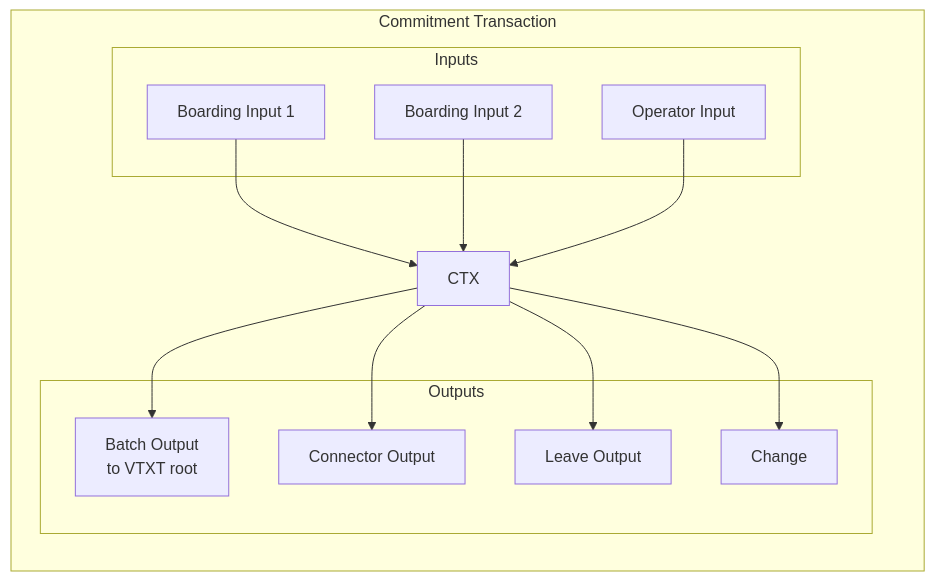
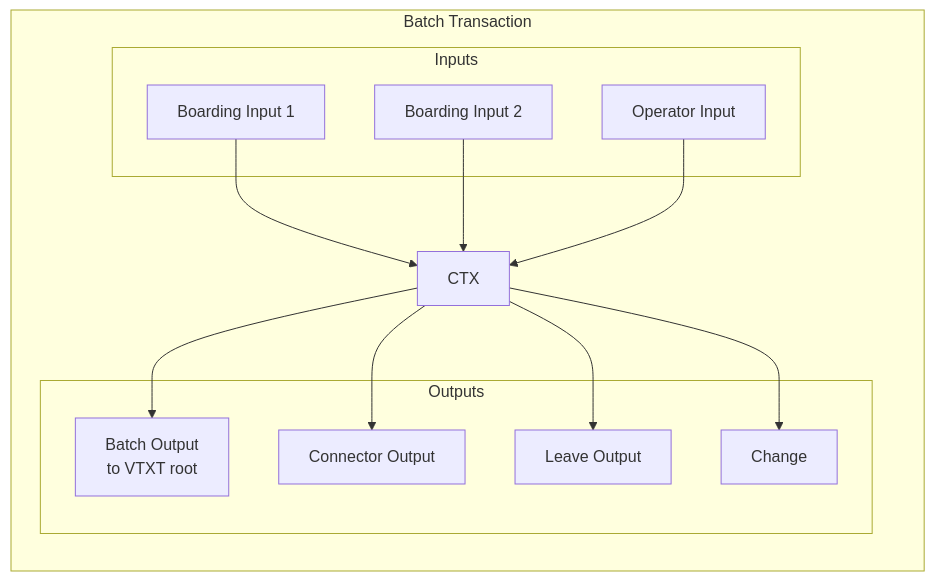
Before and after one commit to lightninglabs/wavelength: the fourth of 6 diagrams in docs/ark-specs/ARK-01-transactions.md, drawn with Mermaid. The commit also changed other lines of this file and 6 other files, not shown here.

````diff
--- a/docs/ark-specs/ARK-01-transactions.md
+++ b/docs/ark-specs/ARK-01-transactions.md
@@ -504,25 +565,25 @@
 ```mermaid
 graph LR
-    subgraph "Commitment Transaction"
+    subgraph "Batch Transaction"
         subgraph "Inputs"
             BI1[Boarding Input 1]
             BI2[Boarding Input 2]
             OI[Operator Input]
         end
 
         subgraph "Outputs"
             BO[Batch Output<br/>to VTXT root]
             CO[Connector Output]
             LO[Leave Output]
             CH[Change]
         end
 
         BI1 --> TX[CTX]
         BI2 --> TX
         OI --> TX
         TX --> BO
         TX --> CO
         TX --> LO
         TX --> CH
     end
 ```
````
